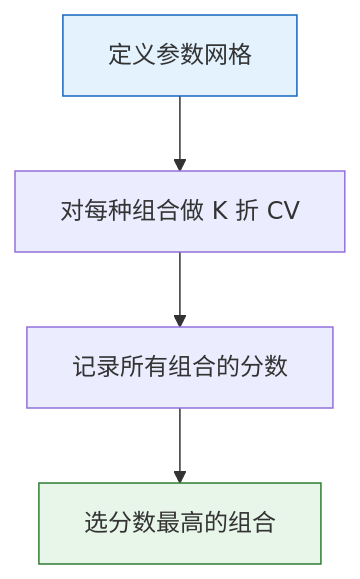
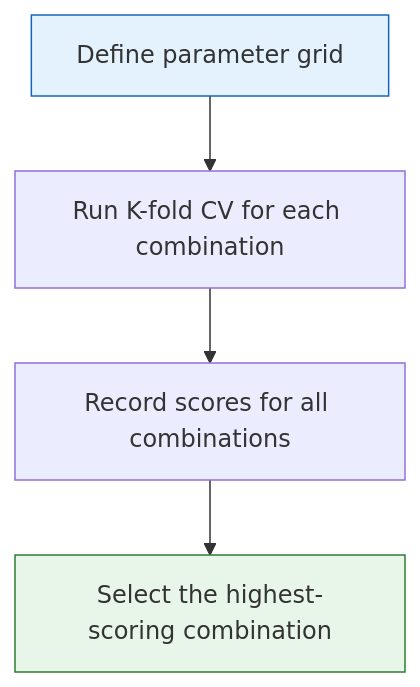
One commit to oudbiao/AI-fullstack-course changed the first of 3 diagrams in docs/ch05-machine-learning/ch04-evaluation/04-hyperparameter-tuning.md. Above: the diagram before and after it, drawn with Mermaid. The commit also changed other lines of this file and 1406 other files, not shown here.

````diff
--- a/docs/ch05-machine-learning/ch04-evaluation/04-hyperparameter-tuning.md
+++ b/docs/ch05-machine-learning/ch04-evaluation/04-hyperparameter-tuning.md
@@ -96,9 +96,9 @@
 ```mermaid
 flowchart TD
-    P["定义参数网格"] --> CV["对每种组合做 K 折 CV"]
-    CV --> S["记录所有组合的分数"]
-    S --> B["选分数最高的组合"]
+    P["Define parameter grid"] --> CV["Run K-fold CV for each combination"]
+    CV --> S["Record scores for all combinations"]
+    S --> B["Select the highest-scoring combination"]
 
     style P fill:#e3f2fd,stroke:#1565c0,color:#333
     style B fill:#e8f5e9,stroke:#2e7d32,color:#333
 ```
````
